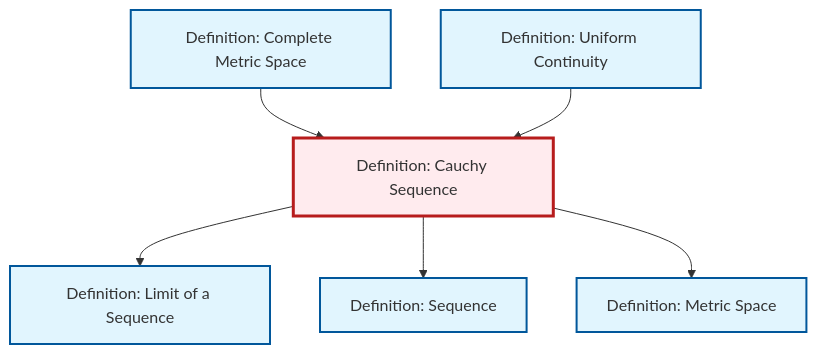
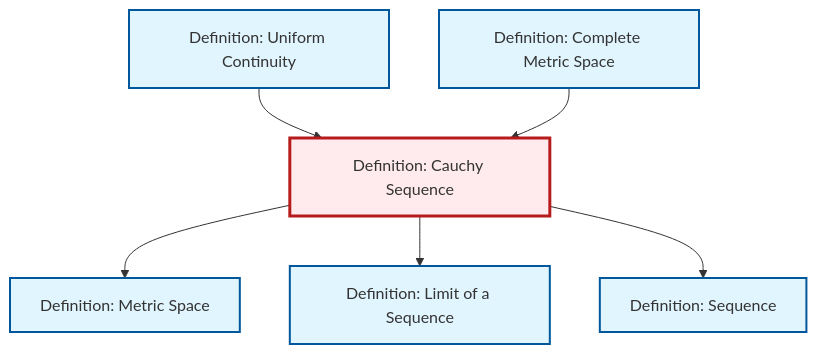
Before and after one commit to RK0429/ModernMath: the diagram in content/ja/analysis/def-cauchy-sequence.qmd, drawn with Mermaid. The commit also changed other lines of this file and 654 other files, not shown here.

````diff
--- a/content/ja/analysis/def-cauchy-sequence.qmd
+++ b/content/ja/analysis/def-cauchy-sequence.qmd
@@ -89,26 +89,26 @@
 ```{mermaid}
 %%| fig-cap: "Local dependency graph"
 graph TD
     classDef definition fill:#e1f5fe,stroke:#01579b,stroke-width:2px
     classDef theorem fill:#f3e5f5,stroke:#4a148c,stroke-width:2px
     classDef axiom fill:#fff3e0,stroke:#e65100,stroke-width:2px
     classDef example fill:#e8f5e9,stroke:#1b5e20,stroke-width:2px
     classDef current fill:#ffebee,stroke:#b71c1c,stroke-width:3px
+    def-metric-space["Definition: Metric Space"]:::definition
+    def-cauchy-sequence["Definition: Cauchy Sequence"]:::definition
+    def-complete-metric-space["Definition: Complete Metric Space"]:::definition
+    def-limit["Definition: Limit of a Sequence"]:::definition
     def-sequence["Definition: Sequence"]:::definition
-    def-cauchy-sequence["Definition: Cauchy Sequence"]:::definition
-    def-metric-space["Definition: Metric Space"]:::definition
     def-uniform-continuity["Definition: Uniform Continuity"]:::definition
-    def-limit["Definition: Limit of a Sequence"]:::definition
-    def-complete-metric-space["Definition: Complete Metric Space"]:::definition
+    def-uniform-continuity --> def-cauchy-sequence
+    def-complete-metric-space --> def-cauchy-sequence
+    def-cauchy-sequence --> def-metric-space
     def-cauchy-sequence --> def-limit
-    def-complete-metric-space --> def-cauchy-sequence
     def-cauchy-sequence --> def-sequence
-    def-cauchy-sequence --> def-metric-space
-    def-uniform-continuity --> def-cauchy-sequence
     class def-cauchy-sequence current
+    click def-metric-space "def-metric-space.html" "Definition: Metric Spaceへ"
+    click def-complete-metric-space "def-complete-metric-space.html" "Definition: Complete Metric Spaceへ"
+    click def-limit "def-limit.html" "Definition: Limit of a Sequenceへ"
     click def-sequence "def-sequence.html" "Definition: Sequenceへ"
-    click def-metric-space "def-metric-space.html" "Definition: Metric Spaceへ"
     click def-uniform-continuity "def-uniform-continuity.html" "Definition: Uniform Continuityへ"
-    click def-limit "def-limit.html" "Definition: Limit of a Sequenceへ"
-    click def-complete-metric-space "def-complete-metric-space.html" "Definition: Complete Metric Spaceへ"
 ```
````
